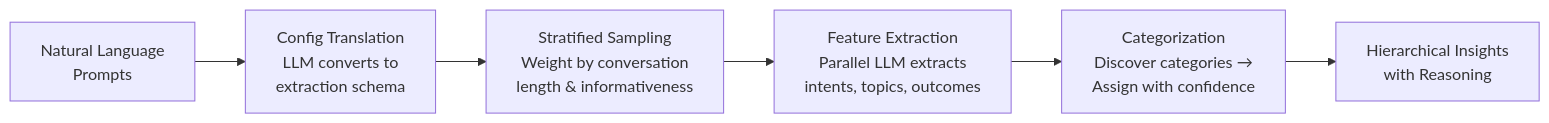
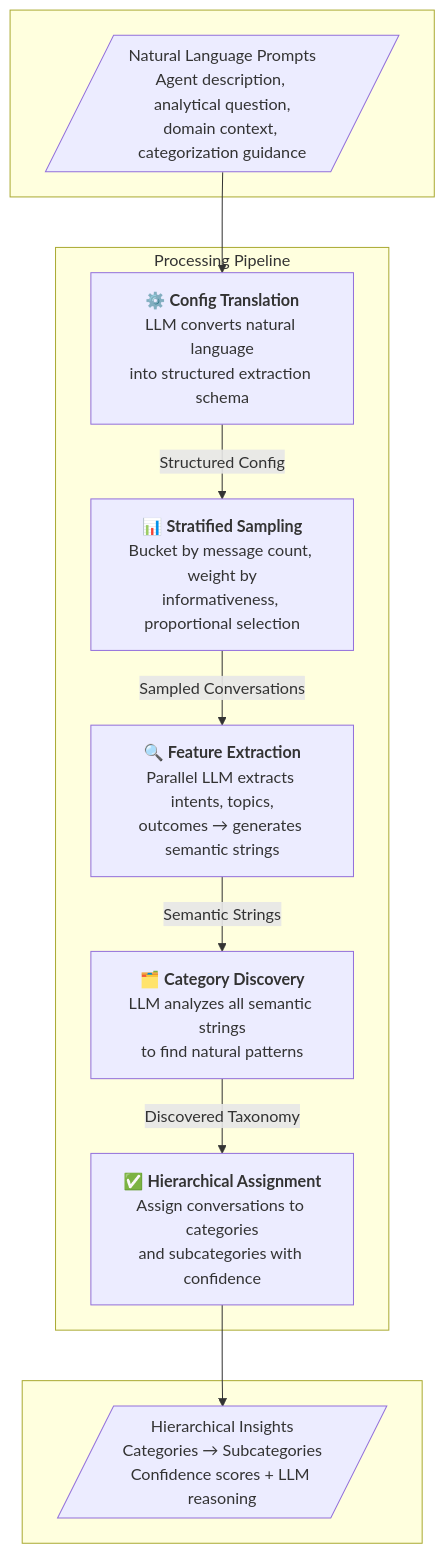
Before and after one commit to ajmudaliar/insights-agent: the first of 4 diagrams in README.md, drawn with Mermaid.

Commit message:
Use vertical pipeline diagram

````diff
--- a/README.md
+++ b/README.md
@@ -25,9 +25,25 @@
 ```mermaid
-flowchart LR
-    NL[Natural Language<br/>Prompts]
-    --> P0[Config Translation<br/>LLM converts to<br/>extraction schema]
-    --> P1[Stratified Sampling<br/>Weight by conversation<br/>length & informativeness]
-    --> P2[Feature Extraction<br/>Parallel LLM extracts<br/>intents, topics, outcomes]
-    --> P3[Categorization<br/>Discover categories →<br/>Assign with confidence]
-    --> Results[Hierarchical Insights<br/>with Reasoning]
+flowchart TB
+    subgraph Input[" "]
+        NL[/"Natural Language Prompts<br/>Agent description, analytical question,<br/>domain context, categorization guidance"/]
+    end
+
+    subgraph Pipeline["Processing Pipeline"]
+        P0["⚙️ <b>Config Translation</b><br/>LLM converts natural language<br/>into structured extraction schema"]
+        P1["📊 <b>Stratified Sampling</b><br/>Bucket by message count, weight by<br/>informativeness, proportional selection"]
+        P2["🔍 <b>Feature Extraction</b><br/>Parallel LLM extracts intents, topics,<br/>outcomes → generates semantic strings"]
+        P3a["🗂️ <b>Category Discovery</b><br/>LLM analyzes all semantic strings<br/>to find natural patterns"]
+        P3b["✅ <b>Hierarchical Assignment</b><br/>Assign conversations to categories<br/>and subcategories with confidence"]
+    end
+
+    subgraph Output[" "]
+        Results[/"Hierarchical Insights<br/>Categories → Subcategories<br/>Confidence scores + LLM reasoning"/]
+    end
+
+    NL --> P0
+    P0 -->|Structured Config| P1
+    P1 -->|Sampled Conversations| P2
+    P2 -->|Semantic Strings| P3a
+    P3a -->|Discovered Taxonomy| P3b
+    P3b --> Results
 ```
````
